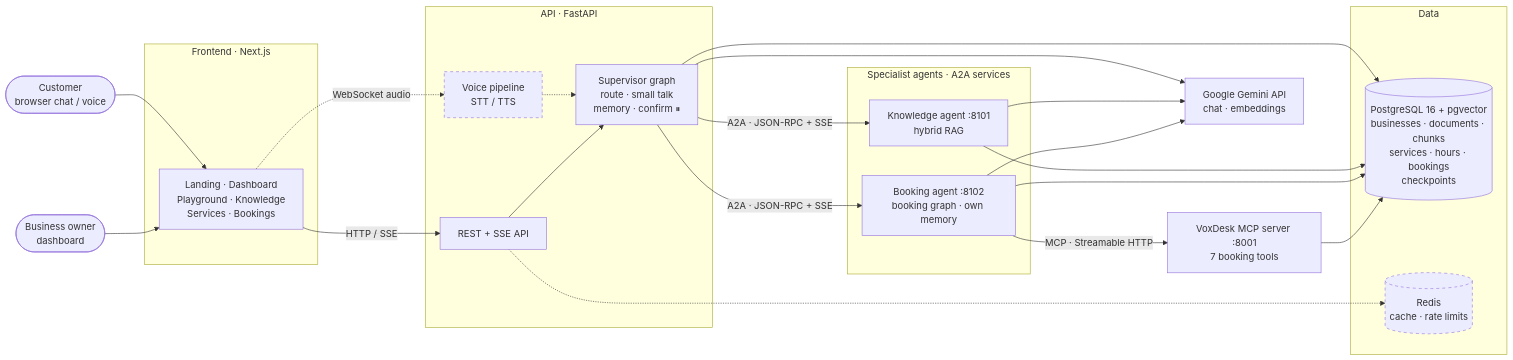
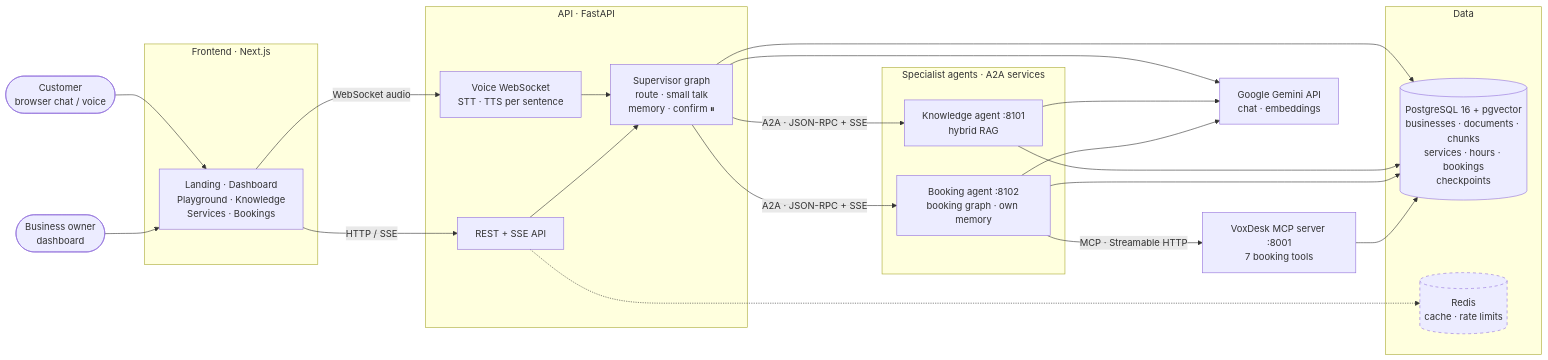
One commit to yash6388/voxdesk changed the first of 10 diagrams in docs/ARCHITECTURE.md. Above: the diagram before and after it, drawn with Mermaid. The commit also changed other lines of this file and 28 other files, not shown here.

````diff
--- a/docs/ARCHITECTURE.md
+++ b/docs/ARCHITECTURE.md
@@ -15,50 +15,50 @@
 ```mermaid
 flowchart LR
     customer(["Customer<br/>browser chat / voice"])
     owner(["Business owner<br/>dashboard"])
 
     subgraph FE["Frontend · Next.js"]
         ui["Landing · Dashboard<br/>Playground · Knowledge<br/>Services · Bookings"]
     end
 
     subgraph BE["API · FastAPI"]
         api["REST + SSE API"]
-        voice["Voice pipeline<br/>STT / TTS"]
+        voice["Voice WebSocket<br/>STT · TTS per sentence"]
         sup["Supervisor graph<br/>route · small talk<br/>memory · confirm ⏸"]
     end
 
     subgraph AG["Specialist agents · A2A services"]
         ka["Knowledge agent :8101<br/>hybrid RAG"]
         ba["Booking agent :8102<br/>booking graph · own memory"]
     end
 
     mcp["VoxDesk MCP server :8001<br/>7 booking tools"]
 
     subgraph DATA["Data"]
         pg[("PostgreSQL 16 + pgvector<br/>businesses · documents · chunks<br/>services · hours · bookings<br/>checkpoints")]
         redis[("Redis<br/>cache · rate limits")]
     end
 
     gemini["Google Gemini API<br/>chat · embeddings"]
 
     customer --> ui
     owner --> ui
     ui -- "HTTP / SSE" --> api
-    ui -. "WebSocket audio" .-> voice
-    voice -.-> sup
+    ui -- "WebSocket audio" --> voice
+    voice --> sup
     api --> sup
     sup -- "A2A · JSON-RPC + SSE" --> ka
     sup -- "A2A · JSON-RPC + SSE" --> ba
     ba -- "MCP · Streamable HTTP" --> mcp
     sup --> pg
     ka --> pg
     ba --> pg
     mcp --> pg
     sup --> gemini
     ka --> gemini
     ba --> gemini
     api -.-> redis
 
     classDef planned stroke-dasharray: 5 5
-    class voice,redis planned
+    class redis planned
 ```
````
